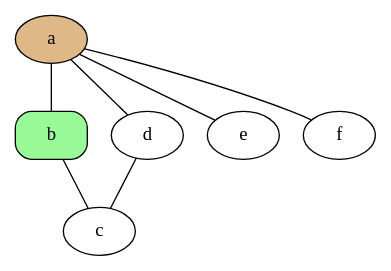
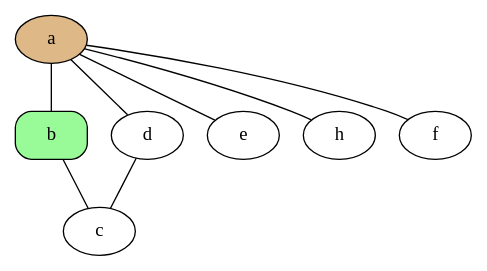
Before and after one commit to frochet/jobUCL2013: the diagram in labs/stp_lab/lab_creation_script/test.dot, drawn with Graphviz. The commit also changed 7 other files, not shown here.

```diff
--- a/labs/stp_lab/lab_creation_script/test.dot
+++ b/labs/stp_lab/lab_creation_script/test.dot
@@ -1,14 +1,16 @@
 graph g{ 
   a -- b [weight=100]
   b -- c
   a -- d
   d -- c
   a -- e
+  a -- h
   a -- f [weight=10]
   a [zone="A", shape=ellipse,fillcolor="burlywood",style="filled"];
   b [shape=box,fillcolor="palegreen",style="filled,rounded"];
   c;
   d;
   e [zone="A"];
   f [zone="A"];
+  h [zone="A"];
 }
```
